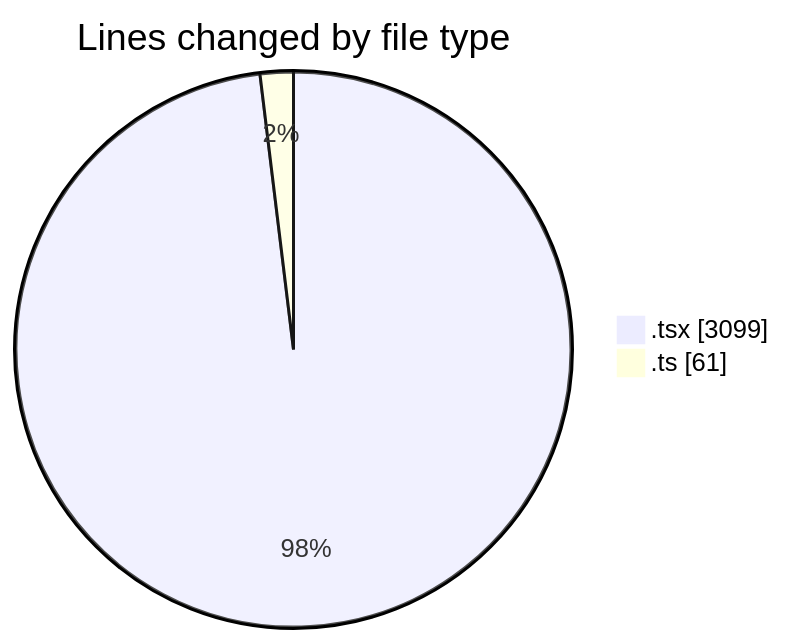
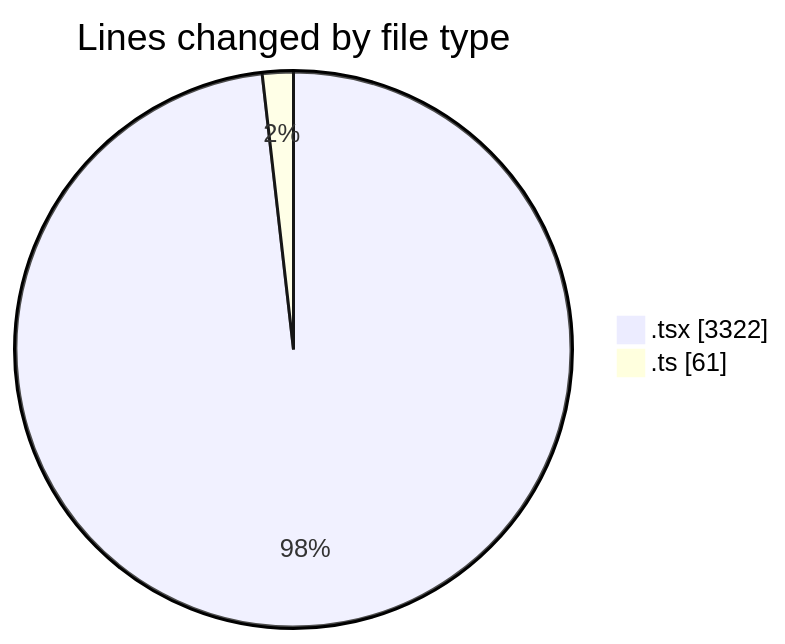
Before and after one commit to julien-gomy/code-tracking: the first of 2 diagrams in 2025-11-18/eventscop-frontend-guide__workspace_/README.md, drawn with Mermaid. The commit also changed other lines of this file and 1 other file, not shown here.

````diff
--- a/2025-11-18/eventscop-frontend-guide__workspace_/README.md
+++ b/2025-11-18/eventscop-frontend-guide__workspace_/README.md
@@ -41,6 +43,6 @@
 ```mermaid
 pie showData
 title Lines changed by file type
-".tsx" : 3099
+".tsx" : 3322
 ".ts" : 61
 ```
````
